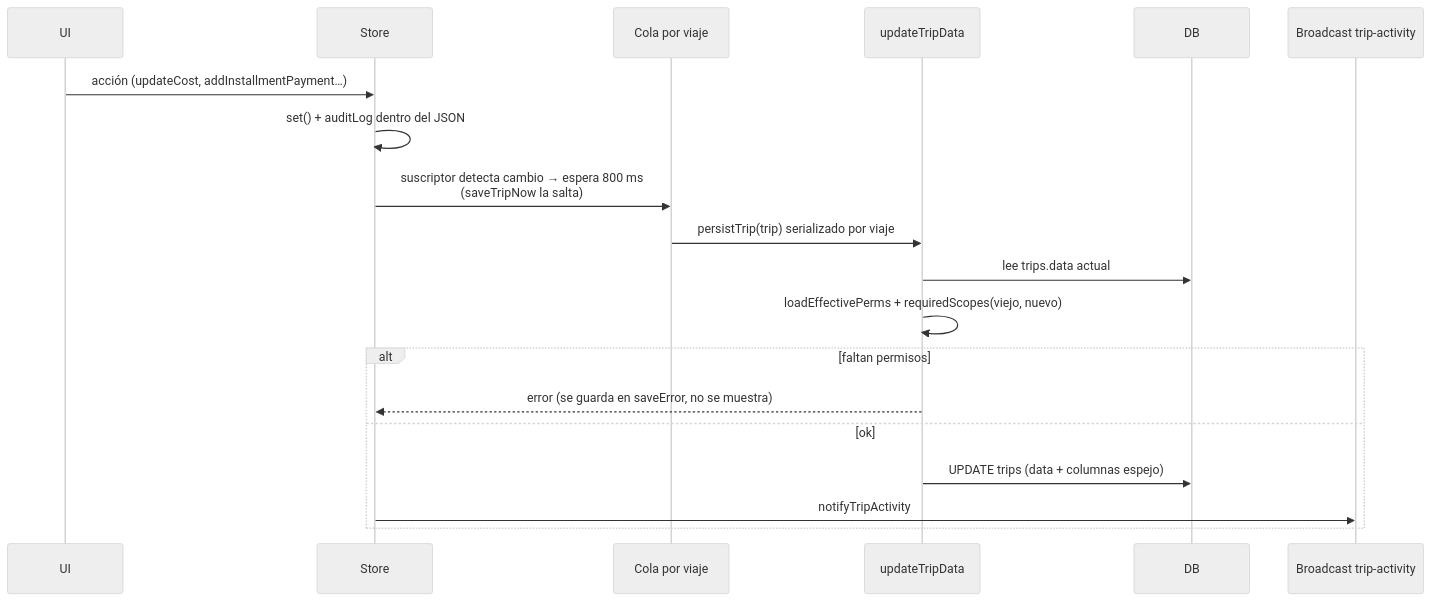
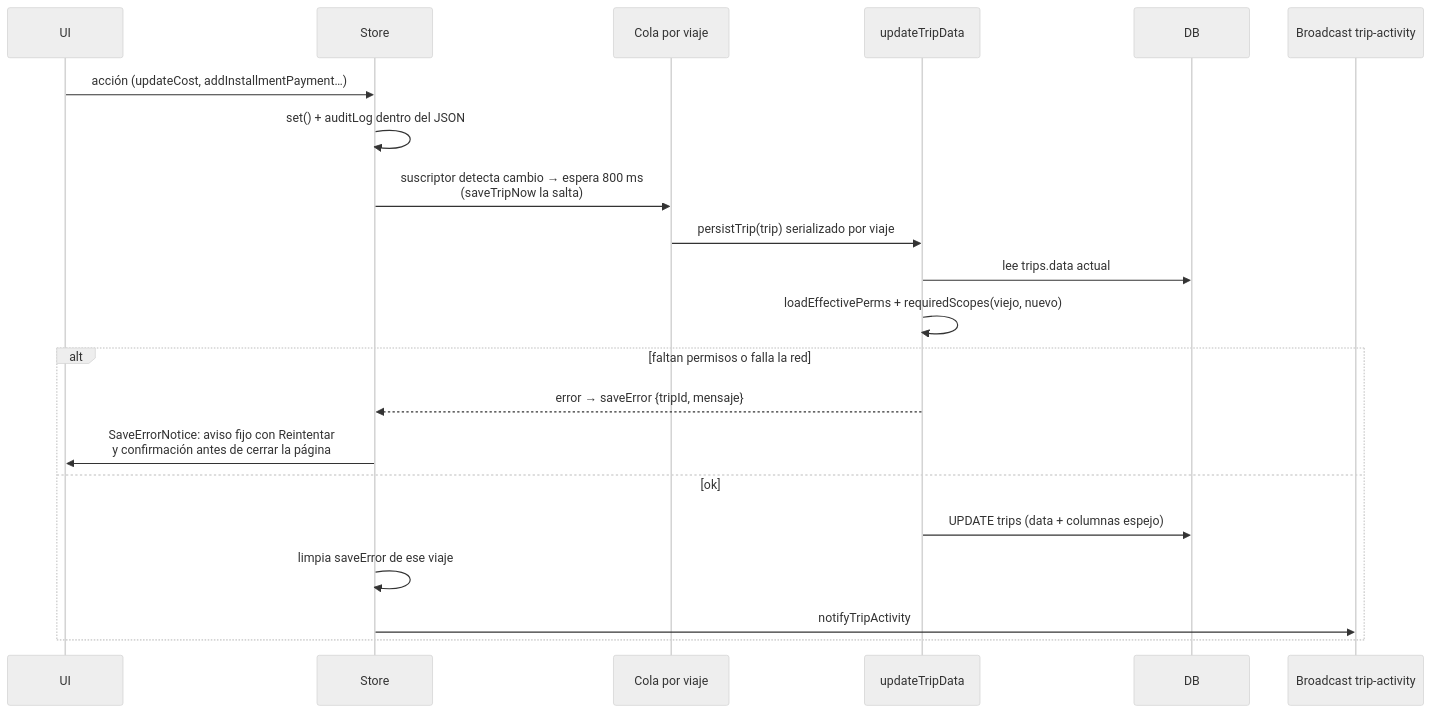
Before and after one commit to gaby26203/planeii: the fifth of 20 diagrams in docs/flujos.md, drawn with Mermaid (neutral theme). The commit also changed other lines of this file and 8 other files, not shown here.

````diff
--- a/docs/flujos.md
+++ b/docs/flujos.md
@@ -155,21 +155,23 @@
 ```mermaid
 sequenceDiagram
   participant UI
   participant S as Store
   participant Q as Cola por viaje
   participant SF as updateTripData
   participant DB
   participant RT as Broadcast trip-activity
   UI->>S: acción (updateCost, addInstallmentPayment…)
   S->>S: set() + auditLog dentro del JSON
   S->>Q: suscriptor detecta cambio → espera 800 ms<br/>(saveTripNow la salta)
   Q->>SF: persistTrip(trip) serializado por viaje
   SF->>DB: lee trips.data actual
   SF->>SF: loadEffectivePerms + requiredScopes(viejo, nuevo)
-  alt faltan permisos
-    SF-->>S: error (se guarda en saveError, no se muestra)
+  alt faltan permisos o falla la red
+    SF-->>S: error → saveError {tripId, mensaje}
+    S->>UI: SaveErrorNotice: aviso fijo con Reintentar<br/>y confirmación antes de cerrar la página
   else ok
     SF->>DB: UPDATE trips (data + columnas espejo)
+    S->>S: limpia saveError de ese viaje
     S->>RT: notifyTripActivity
   end
 ```
````
